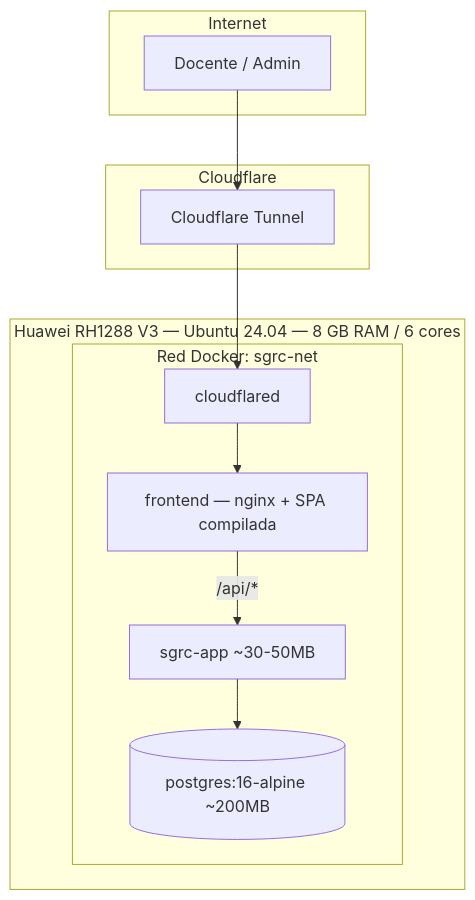
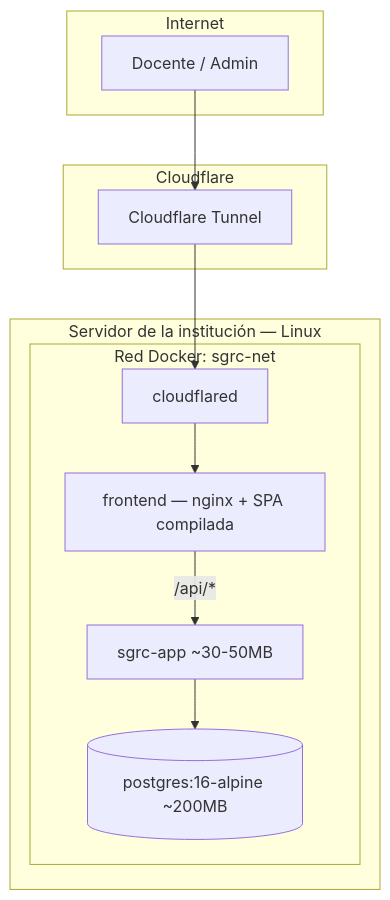
Before and after one commit to agustin-y2k/sgrc: the second of 2 diagrams in docs/06-arquitectura.md, drawn with Mermaid. The commit also changed other lines of this file and 100 other files, not shown here.

````diff
--- a/docs/06-arquitectura.md
+++ b/docs/06-arquitectura.md
@@ -149,23 +153,23 @@
 ```mermaid
 flowchart TB
     subgraph Internet
         User[Docente / Admin]
     end
 
     subgraph Cloudflare
         CFT[Cloudflare Tunnel]
     end
 
-    subgraph Huawei["Huawei RH1288 V3 — Ubuntu 24.04 — 8 GB RAM / 6 cores"]
+    subgraph Servidor["Servidor de la institución — Linux"]
         subgraph Docker["Red Docker: sgrc-net"]
             CFTD[cloudflared]
             NG[frontend — nginx + SPA compilada]
             APP[sgrc-app ~30-50MB]
             PG2[(postgres:16-alpine ~200MB)]
         end
     end
 
     User --> CFT --> CFTD --> NG
     NG -->|/api/*| APP
     APP --> PG2
 ```
````
